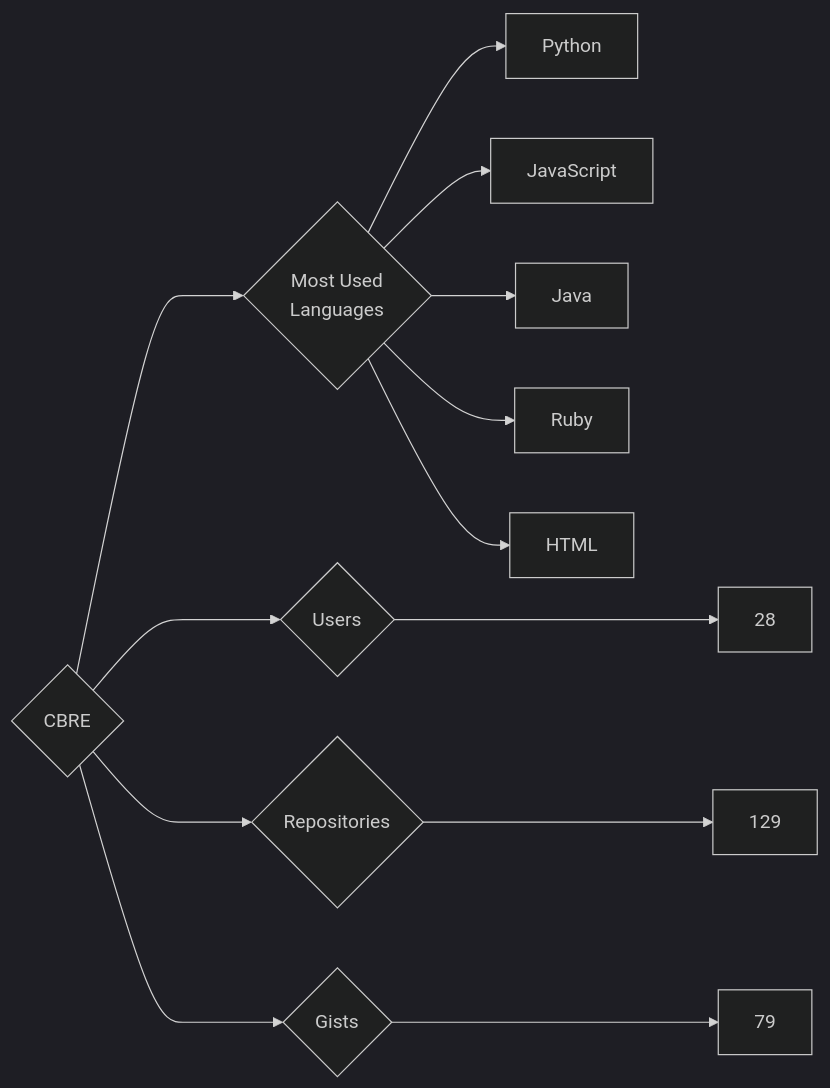
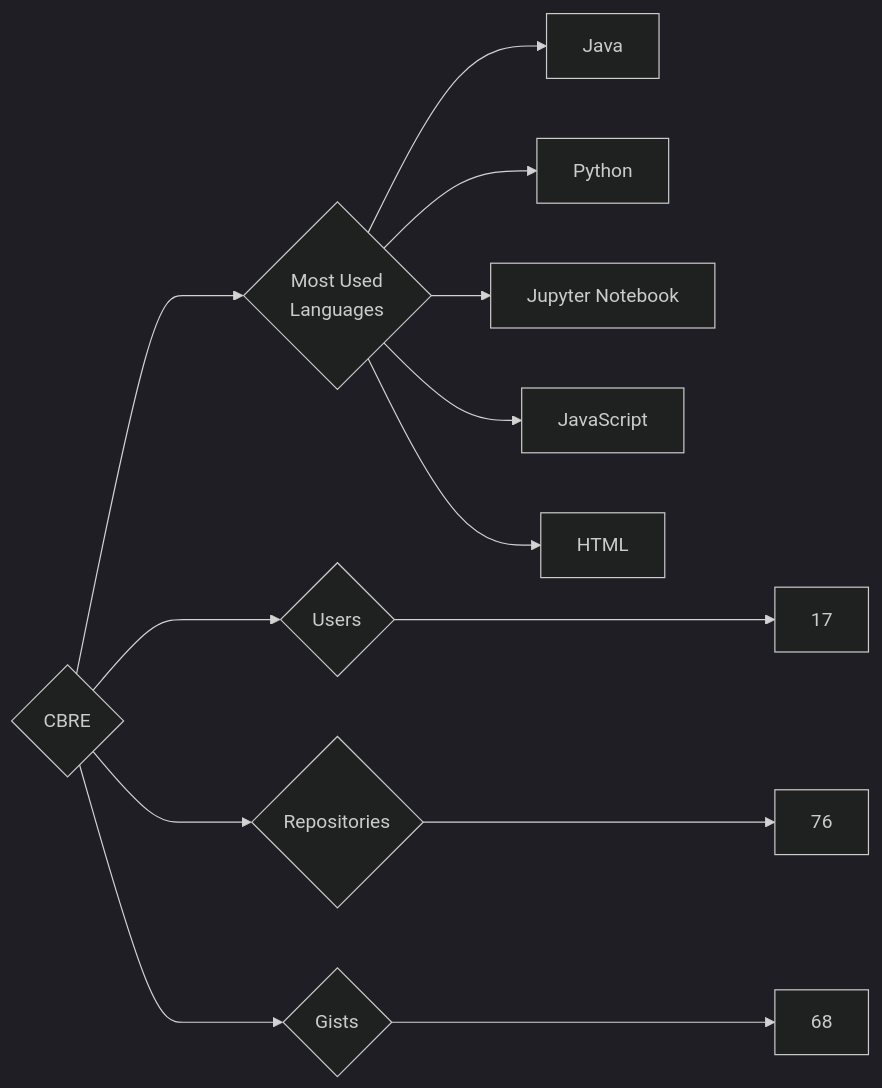
One commit to trickest/insiders changed the diagram in targets/CBRE/README.md. Above: the diagram before and after it, drawn with Mermaid (dark theme). The commit also changed 895 other files, not shown here.

````diff
--- a/targets/CBRE/README.md
+++ b/targets/CBRE/README.md
@@ -3,13 +3,13 @@
 ```mermaid
 graph LR
 COMPANY_NAME{CBRE}
-COMPANY_NAME ---> U{Users} ---> UN[28]
-COMPANY_NAME ---> R{Repositories} ---> RN[129]
-COMPANY_NAME ---> G{Gists} ---> GN[79]
+COMPANY_NAME ---> U{Users} ---> UN[17]
+COMPANY_NAME ---> R{Repositories} ---> RN[76]
+COMPANY_NAME ---> G{Gists} ---> GN[68]
 COMPANY_NAME ---> ML{Most Used<br>Languages}
+ML --> Java[Java]
 ML --> Python[Python]
+ML --> Jupyter_Notebook[Jupyter Notebook]
 ML --> JavaScript[JavaScript]
-ML --> Java[Java]
-ML --> Ruby[Ruby]
 ML --> HTML[HTML]
 ```
````
